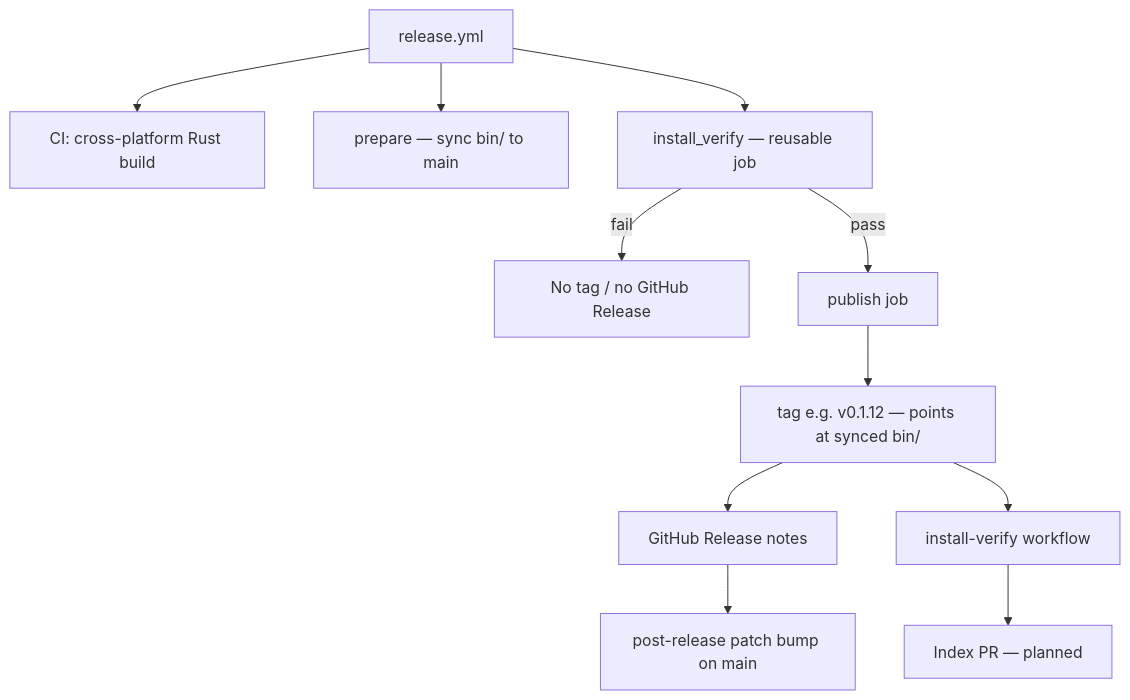
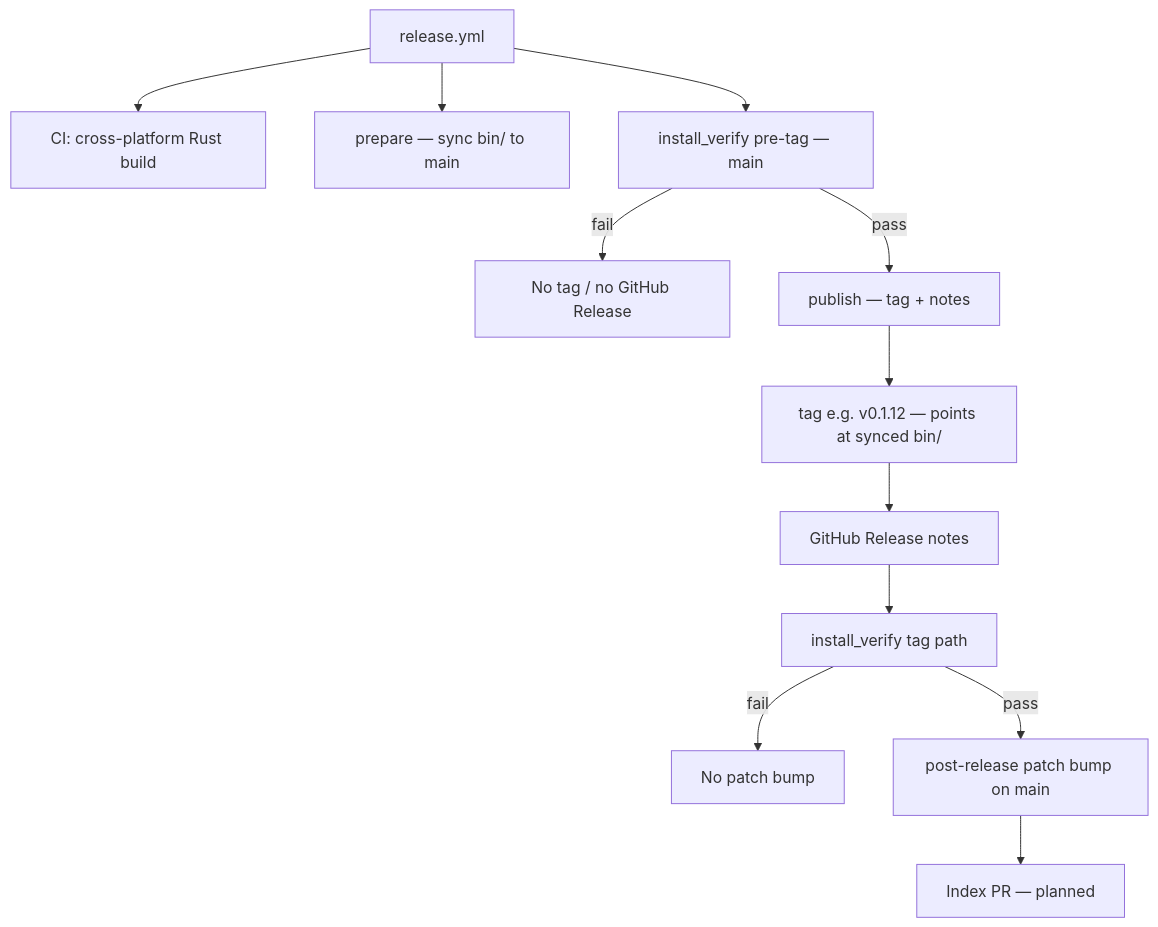
Before and after one commit to CREATeNG/freecad-mcp-bridge: the first of 2 diagrams in MAINTAINING.md, drawn with Mermaid. The commit also changed other lines of this file and 3 other files, not shown here.

First line of the commit message:
Orchestrate tag-path install-verify in release.yml

````diff
--- a/MAINTAINING.md
+++ b/MAINTAINING.md
@@ -81,14 +81,15 @@
 ```mermaid
 flowchart TD
   R[release.yml]
   R --> build[CI: cross-platform Rust build]
   R --> prep[prepare — sync bin/ to main]
-  R --> verify[install_verify — reusable job]
+  R --> verify[install_verify pre-tag — main]
   verify -->|fail| stop[No tag / no GitHub Release]
-  verify -->|pass| pub[publish job]
+  verify -->|pass| pub[publish — tag + notes]
   pub --> tag[tag e.g. v0.1.12 — points at synced bin/]
   tag --> gh[GitHub Release notes]
-  gh --> zbump[post-release patch bump on main]
-  tag --> postverify[install-verify workflow]
-  postverify --> index[Index PR — planned]
+  gh --> postverify[install_verify tag path]
+  postverify -->|fail| stop2[No patch bump]
+  postverify -->|pass| zbump[post-release patch bump on main]
+  zbump --> index[Index PR — planned]
 ```
````
